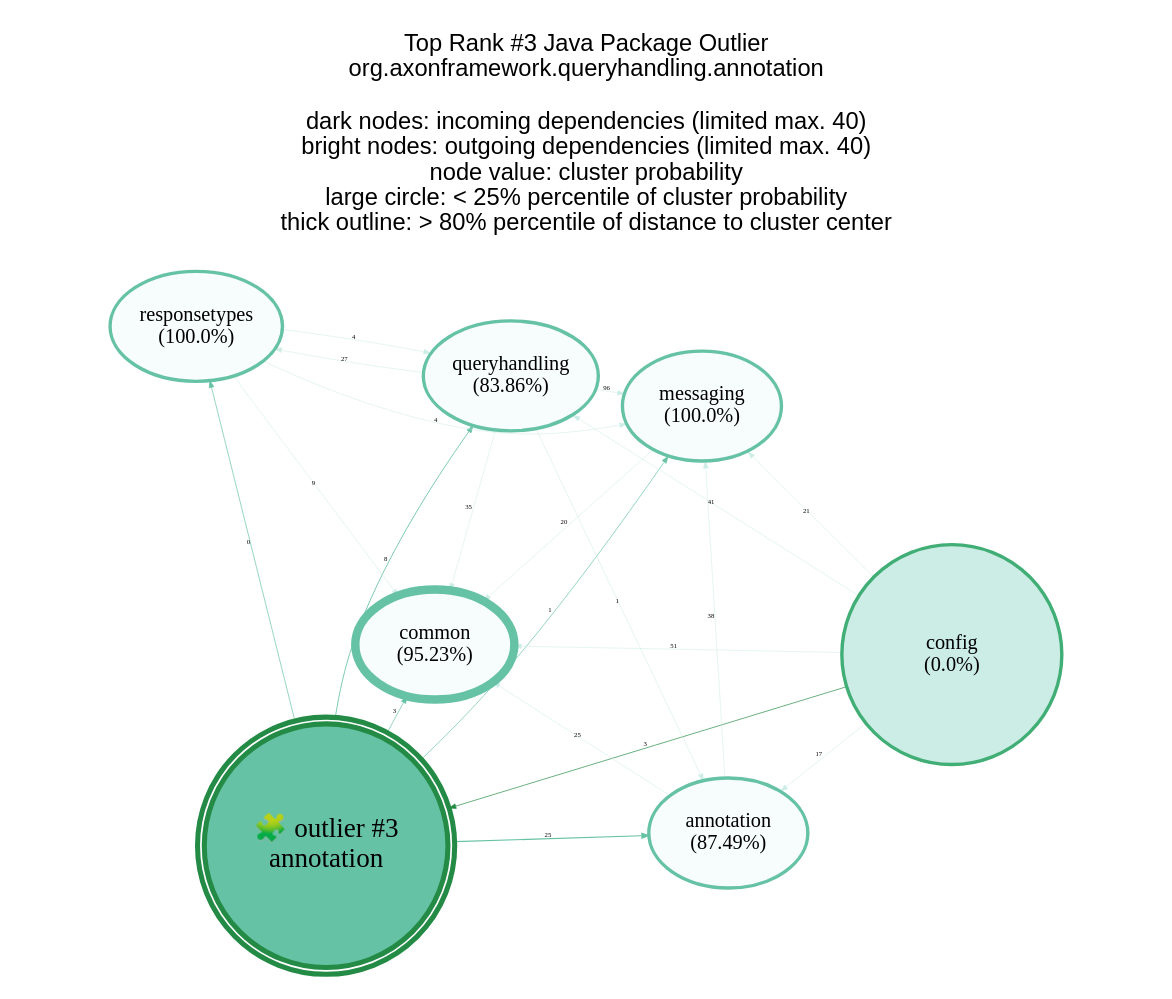
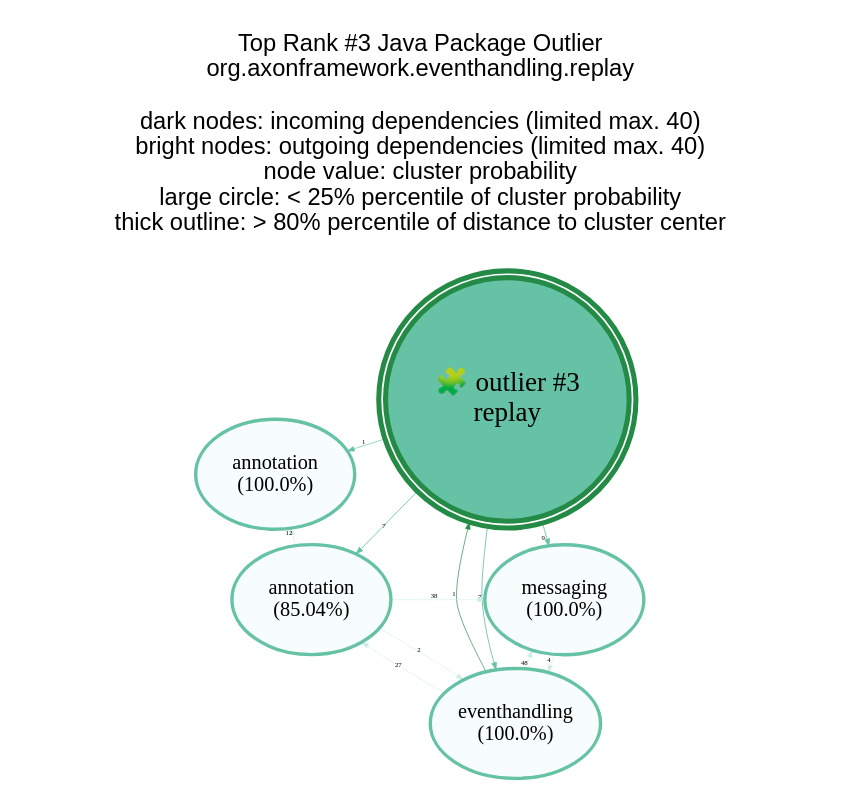
The diagram in analysis-results/AxonFramework/latest/anomaly-detection/Java_Package/GraphVisualizations/graphviz/TopOutlier3.gv (JohT/code-graph-analysis-examples), drawn with Graphviz before and after one commit. The commit also changed 615 other files, not shown here.

```diff
--- a/analysis-results/AxonFramework/latest/anomaly-detection/Java_Package/GraphVisualizations/graphviz/TopOutlier3.gv
+++ b/analysis-results/AxonFramework/latest/anomaly-detection/Java_Package/GraphVisualizations/graphviz/TopOutlier3.gv
@@ -1,37 +1,28 @@
 // This GraphViz dot file was generated by the script convertQueryResultCsvToGraphVizDotFile.sh with TopCentral.template
 
 strict digraph TopOutlier3 {
     graph [layout = "fdp"; start = "7"; splines = "spline"; pad = "0.8,0.1"; outputorder = "edgesfirst";];
     graph [fontname = "Helvetica,Arial,sans-serif"; labelloc = "t";];
     node [colorscheme = "bugn9"; color = 6; fillcolor = 3;];
     edge [colorscheme = "bugn9"; color = 7;];
     node [fontsize = 12; style = "filled"; margin = "0.03,0.03"; width="1.3"; height="0.9";];
     edge [fontsize = 4; arrowsize = "0.4";];
 
     central [shape = "doublecircle"; height = "2.0"; margin = "0.000001,0.000001";];
     central [fontsize = 16;];
     central [color = 7; fillcolor = 5; penwidth = 3;];
 
-	graph   [label="Top Rank #3 Java Package Outlier\norg.axonframework.queryhandling.annotation\n\ndark nodes: incoming dependencies (limited max. 40)\nbright nodes: outgoing dependencies (limited max. 40)\nnode value: cluster probability\nlarge circle: < 25% percentile of cluster probability\nthick outline: > 80% percentile of distance to cluster center\n\n"];
-	central [label="🧩 outlier #3\nannotation"];
-	"config_14721"  [shape = "circle"; height=1.8; label = "config\n(0.0%)"; penwidth = 2; ]; "config_14721" -> central [label=3; weight=3; penwidth=0.4];
-	"annotation_38826"  [label = "annotation\n(87.49%)"; penwidth = 2; color = 5; fillcolor = 1; ]; central -> "annotation_38826" [label=25; weight=25; penwidth=0.7; color = 5];
-	"queryhandling_41991"  [label = "queryhandling\n(83.86%)"; penwidth = 2; color = 5; fillcolor = 1; ]; central -> "queryhandling_41991" [label=8; weight=8; penwidth=0.5; color = 5];
-	"common_23092"  [label = "common\n(95.23%)"; penwidth = 5; color = 5; fillcolor = 1; ]; central -> "common_23092" [label=3; weight=3; penwidth=0.4; color = 5];
-	"messaging_37597"  [label = "messaging\n(100.0%)"; penwidth = 2; color = 5; fillcolor = 1; ]; central -> "messaging_37597" [label=1; weight=1; penwidth=0.4; color = 5];
-	"responsetypes_40898"  [label = "responsetypes\n(100.0%)"; penwidth = 2; color = 5; fillcolor = 1; ]; central -> "responsetypes_40898" [label=0; weight=0; penwidth=0.4; color = 5];
-	"queryhandling_41991" -> "messaging_37597" [label=96; weight=96; penwidth=0.3; color = 3]
-	"config_14721" -> "common_23092" [label=51; weight=51; penwidth=0.3; color = 3]
-	"config_14721" -> "queryhandling_41991" [label=41; weight=41; penwidth=0.3; color = 3]
+	graph   [label="Top Rank #3 Java Package Outlier\norg.axonframework.eventhandling.replay\n\ndark nodes: incoming dependencies (limited max. 40)\nbright nodes: outgoing dependencies (limited max. 40)\nnode value: cluster probability\nlarge circle: < 25% percentile of cluster probability\nthick outline: > 80% percentile of distance to cluster center\n\n"];
+	central [label="🧩 outlier #3\nreplay"];
+	"eventhandling_26974"  [label = "eventhandling\n(100.0%)"; penwidth = 2; ]; "eventhandling_26974" -> central [label=1; weight=1; penwidth=0.4];
+	"messaging_37597"  [label = "messaging\n(100.0%)"; penwidth = 2; color = 5; fillcolor = 1; ]; central -> "messaging_37597" [label=9; weight=9; penwidth=0.5; color = 5];
+	"annotation_38826"  [label = "annotation\n(85.04%)"; penwidth = 2; color = 5; fillcolor = 1; ]; central -> "annotation_38826" [label=7; weight=7; penwidth=0.5; color = 5];
+	"eventhandling_26974"  [label = "eventhandling\n(100.0%)"; penwidth = 2; color = 5; fillcolor = 1; ]; central -> "eventhandling_26974" [label=7; weight=7; penwidth=0.5; color = 5];
+	"annotation_24168"  [label = "annotation\n(100.0%)"; penwidth = 2; color = 5; fillcolor = 1; ]; central -> "annotation_24168" [label=1; weight=1; penwidth=0.4; color = 5];
+	"eventhandling_26974" -> "messaging_37597" [label=48; weight=48; penwidth=0.3; color = 3]
 	"annotation_38826" -> "messaging_37597" [label=38; weight=38; penwidth=0.3; color = 3]
-	"queryhandling_41991" -> "common_23092" [label=35; weight=35; penwidth=0.3; color = 3]
-	"queryhandling_41991" -> "responsetypes_40898" [label=27; weight=27; penwidth=0.3; color = 3]
-	"annotation_38826" -> "common_23092" [label=25; weight=25; penwidth=0.3; color = 3]
-	"config_14721" -> "messaging_37597" [label=21; weight=21; penwidth=0.3; color = 3]
-	"messaging_37597" -> "common_23092" [label=20; weight=20; penwidth=0.3; color = 3]
-	"config_14721" -> "annotation_38826" [label=17; weight=17; penwidth=0.3; color = 3]
-	"responsetypes_40898" -> "common_23092" [label=9; weight=9; penwidth=0.3; color = 3]
-	"responsetypes_40898" -> "queryhandling_41991" [label=4; weight=4; penwidth=0.3; color = 3]
-	"responsetypes_40898" -> "messaging_37597" [label=4; weight=4; penwidth=0.3; color = 3]
-	"queryhandling_41991" -> "annotation_38826" [label=1; weight=1; penwidth=0.3; color = 3]
+	"eventhandling_26974" -> "annotation_38826" [label=27; weight=27; penwidth=0.3; color = 3]
+	"annotation_38826" -> "annotation_24168" [label=12; weight=12; penwidth=0.3; color = 3]
+	"messaging_37597" -> "eventhandling_26974" [label=4; weight=4; penwidth=0.3; color = 3]
+	"annotation_38826" -> "eventhandling_26974" [label=2; weight=2; penwidth=0.3; color = 3]
 }
```
